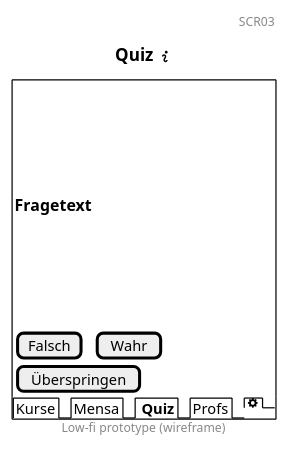
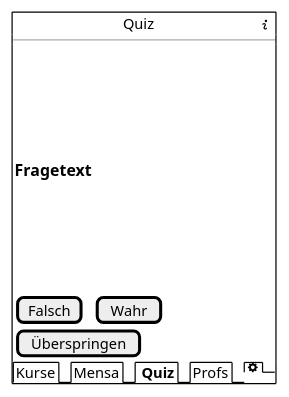
Before and after one commit to RobinNunkesser/plantuml: the diagram in scr3.pu, drawn with PlantUML. The commit also changed 6 other files, not shown here.

```diff
--- a/scr3.pu
+++ b/scr3.pu
@@ -1,24 +1,23 @@
 @startsalt
-title Quiz <&info>
-header SCR03
-footer Low-fi prototype (wireframe)
 {+
+""            "" Quiz ""           "" <&info>
+--
 {
     .
     .
     .
     .
     .
     === Fragetext
     .
     .
     .
     .
     .
     [Falsch] | [ Wahr ]
     [Überspringen] | *
 }
 {/ Kurse | Mensa | <b> Quiz | Profs | <&cog> }
 }
 
 @endsalt
```
